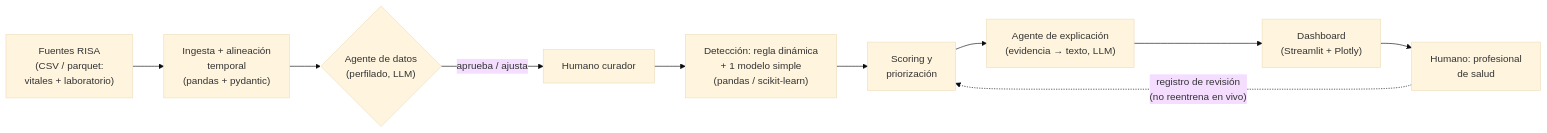
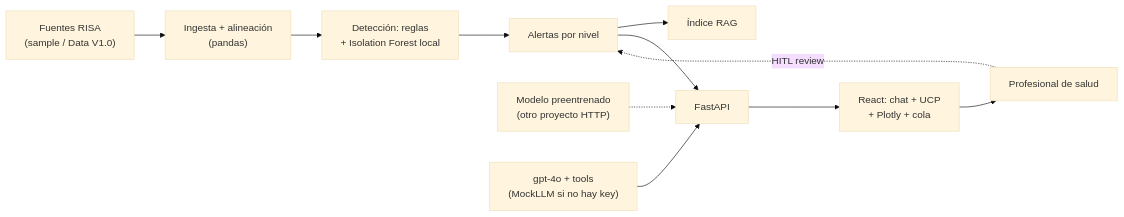
The second of 2 diagrams in docs/arquitectura.md (JEFRY200307/Hackathon-Internacional-IA), drawn with Mermaid (base theme) before and after one commit. The commit also changed other lines of this file and 118 other files, not shown here.

````diff
--- a/docs/arquitectura.md
+++ b/docs/arquitectura.md
@@ -85,12 +85,13 @@
 ```mermaid
 flowchart LR
-    A["Fuentes RISA\n(CSV / parquet:\nvitales + laboratorio)"] --> B["Ingesta + alineación\ntemporal\n(pandas + pydantic)"]
-    B --> C{"Agente de datos\n(perfilado, LLM)"}
-    C -->|"aprueba / ajusta"| D["Humano curador"]
-    D --> E["Detección: regla dinámica\n+ 1 modelo simple\n(pandas / scikit-learn)"]
-    E --> F["Scoring y\npriorización"]
-    F --> G["Agente de explicación\n(evidencia → texto, LLM)"]
-    G --> H["Dashboard\n(Streamlit + Plotly)"]
-    H --> I["Humano: profesional\nde salud"]
-    I -.->|"registro de revisión\n(no reentrena en vivo)"| F
+    A["Fuentes RISA\n(sample / Data V1.0)"] --> B["Ingesta + alineación\n(pandas)"]
+    B --> E["Detección: reglas\n+ Isolation Forest local"]
+    E --> F["Alertas por nivel"]
+    F --> RAG["Índice RAG"]
+    F --> API["FastAPI"]
+    M["Modelo preentrenado\n(otro proyecto HTTP)"] -.-> API
+    LLM["gpt-4o + tools\n(MockLLM si no hay key)"] --> API
+    API --> UI["React: chat + UCP\n+ Plotly + cola"]
+    UI --> I["Profesional de salud"]
+    I -.->|"HITL review"| F
 ```
````
